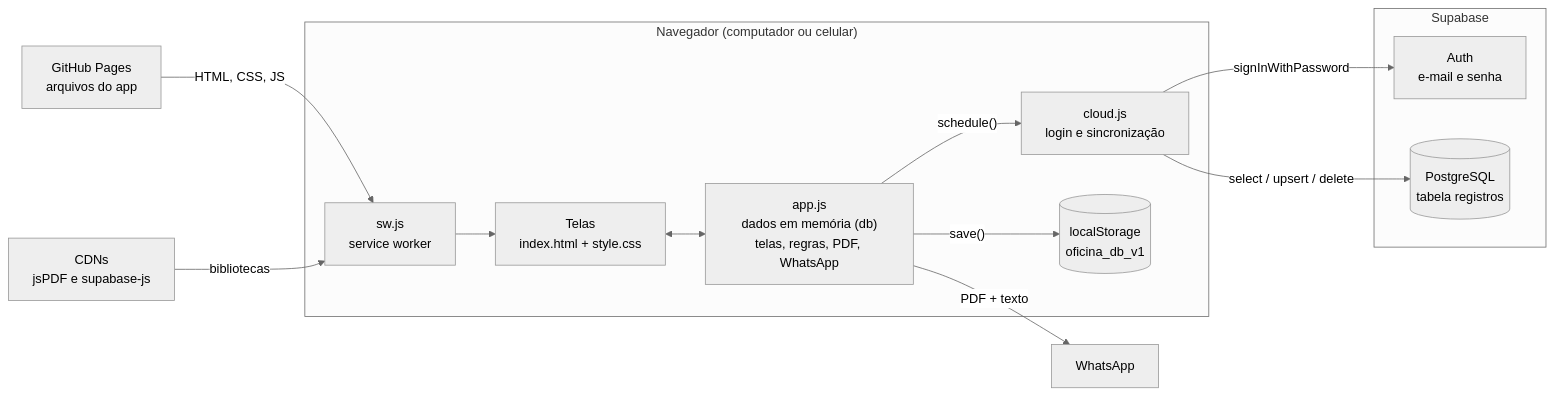
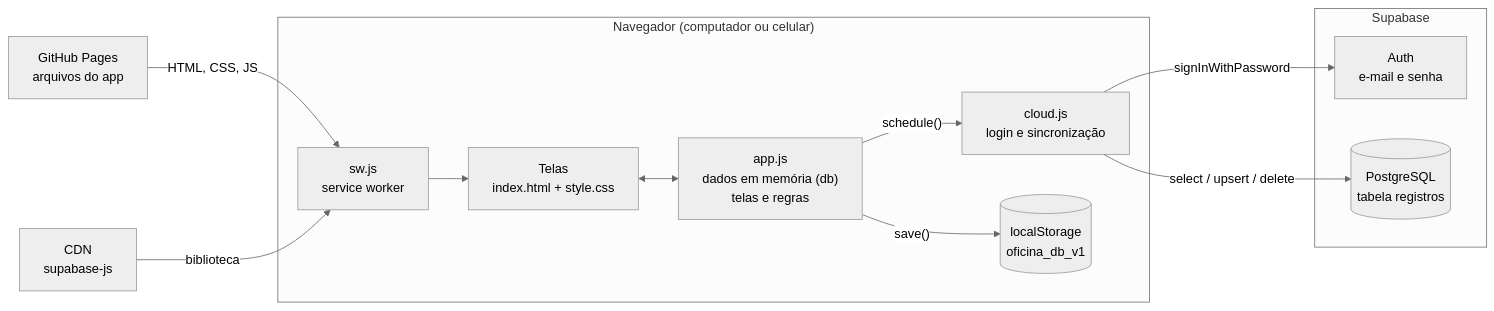
The first of 4 diagrams in README.md (nlucasjr/oficina-app), drawn with Mermaid (neutral theme) before and after one commit. The commit also changed other lines of this file and 9 other files, not shown here.

````diff
--- a/README.md
+++ b/README.md
@@ -67,27 +80,25 @@
 ```mermaid
 flowchart LR
   subgraph Navegador["Navegador (computador ou celular)"]
     UI["Telas<br/>index.html + style.css"]
-    APP["app.js<br/>dados em memória (db)<br/>telas, regras, PDF, WhatsApp"]
+    APP["app.js<br/>dados em memória (db)<br/>telas e regras"]
     CLOUD["cloud.js<br/>login e sincronização"]
     LS[("localStorage<br/>oficina_db_v1")]
     SW["sw.js<br/>service worker"]
   end
 
   GH["GitHub Pages<br/>arquivos do app"]
-  CDN["CDNs<br/>jsPDF e supabase-js"]
+  CDN["CDN<br/>supabase-js"]
   subgraph SB["Supabase"]
     AUTH["Auth<br/>e-mail e senha"]
     DB[("PostgreSQL<br/>tabela registros")]
   end
-  WA["WhatsApp"]
 
   GH -- "HTML, CSS, JS" --> SW --> UI
-  CDN -- "bibliotecas" --> SW
+  CDN -- "biblioteca" --> SW
   UI <--> APP
   APP -- "save()" --> LS
   APP -- "schedule()" --> CLOUD
   CLOUD -- "signInWithPassword" --> AUTH
   CLOUD -- "select / upsert / delete" --> DB
-  APP -- "PDF + texto" --> WA
 ```
````
